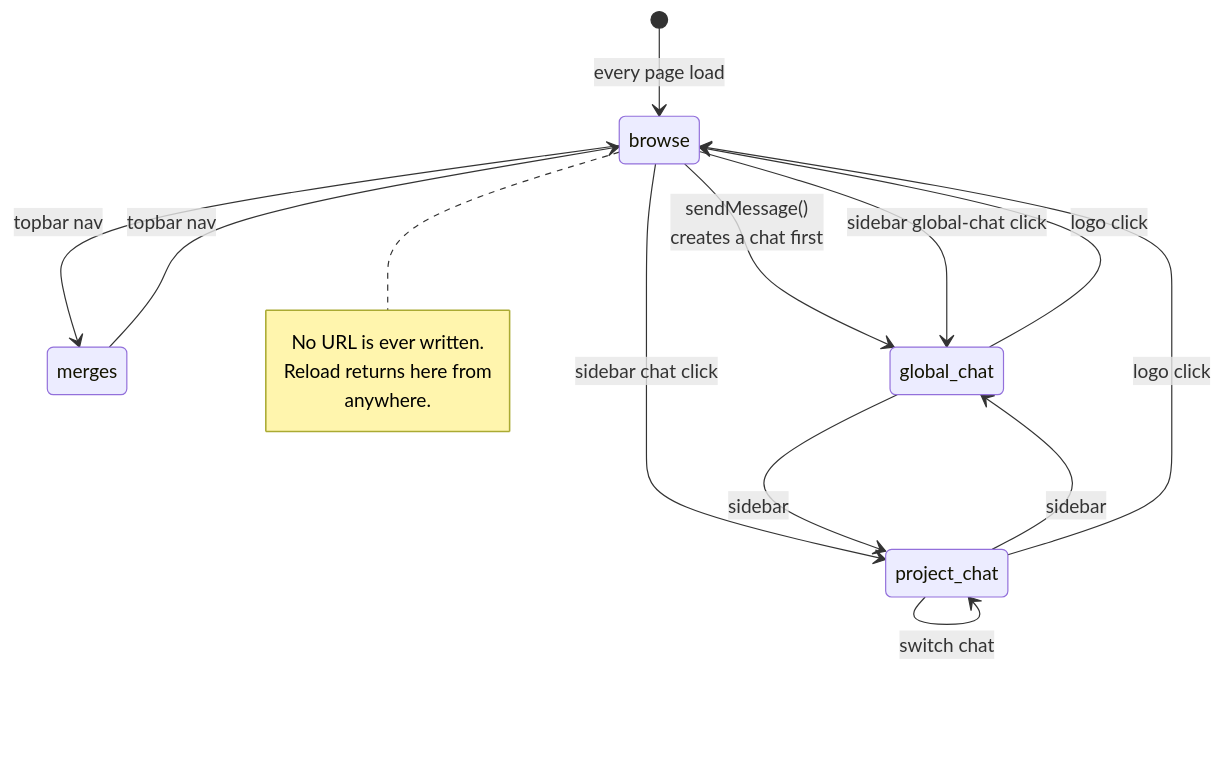
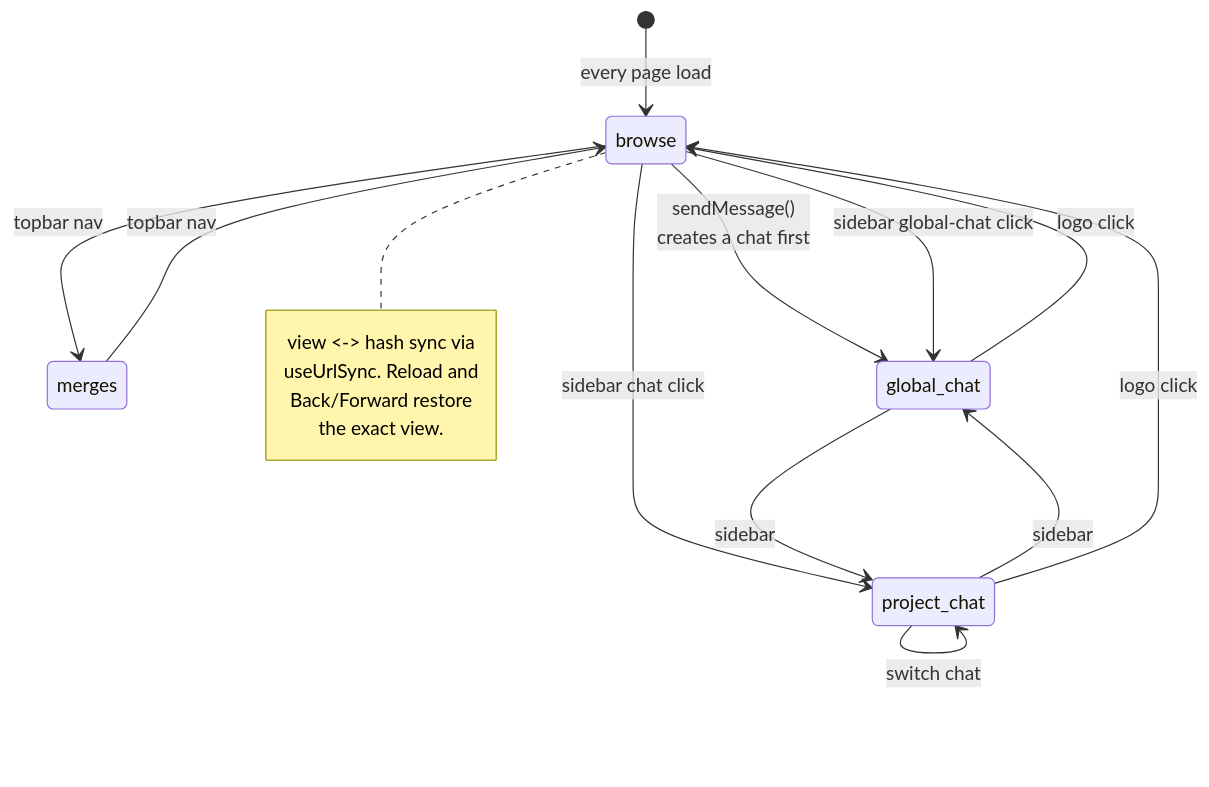
One commit to dhruvviveksharma/QiitaExplore changed the second of 3 diagrams in docs/08-frontend.md. Above: the diagram before and after it, drawn with Mermaid. The commit also changed other lines of this file and 8 other files, not shown here.

````diff
--- a/docs/08-frontend.md
+++ b/docs/08-frontend.md
@@ -183,23 +183,24 @@
 ```mermaid
 stateDiagram-v2
     [*] --> browse: every page load
 
     browse --> merges: topbar nav
     merges --> browse: topbar nav
 
     browse --> global_chat: sendMessage()<br/>creates a chat first
     browse --> project_chat: sidebar chat click
     browse --> global_chat: sidebar global-chat click
 
     project_chat --> project_chat: switch chat
     project_chat --> global_chat: sidebar
     global_chat --> project_chat: sidebar
     project_chat --> browse: logo click
     global_chat --> browse: logo click
 
     note right of browse
-        No URL is ever written.
-        Reload returns here from
-        anywhere.
+        view <-> hash sync via
+        useUrlSync. Reload and
+        Back/Forward restore
+        the exact view.
     end note
 ```
````
